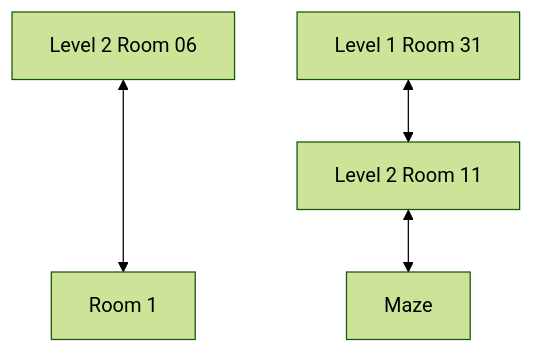
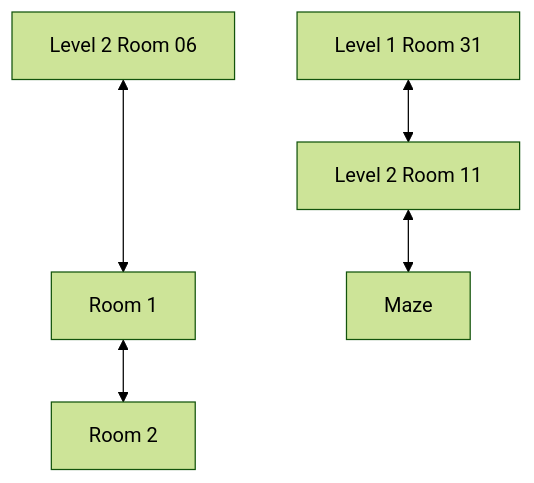
One commit to SlothBorg/Dungeon23 changed the diagram in Dungeon/Level_03/README.md. Above: the diagram before and after it, drawn with Mermaid (forest theme). The commit also changed 4 other files, not shown here.

````diff
--- a/Dungeon/Level_03/README.md
+++ b/Dungeon/Level_03/README.md
@@ -5,5 +5,6 @@
 ```mermaid
 flowchart TD
     B06[Level 2 Room 06] <---> C1[Room 1]
     A31[Level 1 Room 31] <--> B11[Level 2 Room 11] <--> Maze
+    C1 <--> C2[Room 2]
 ```
````
